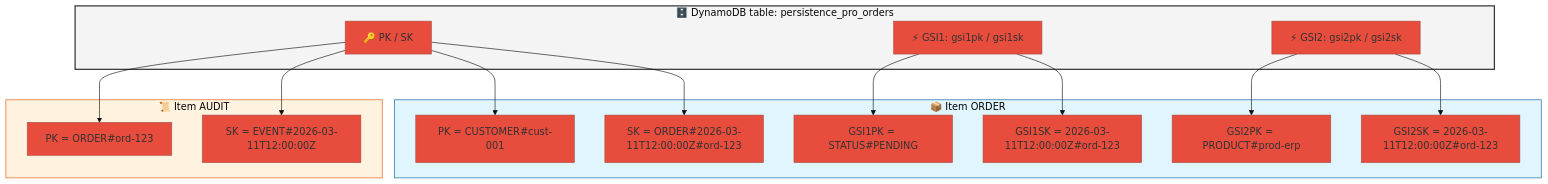
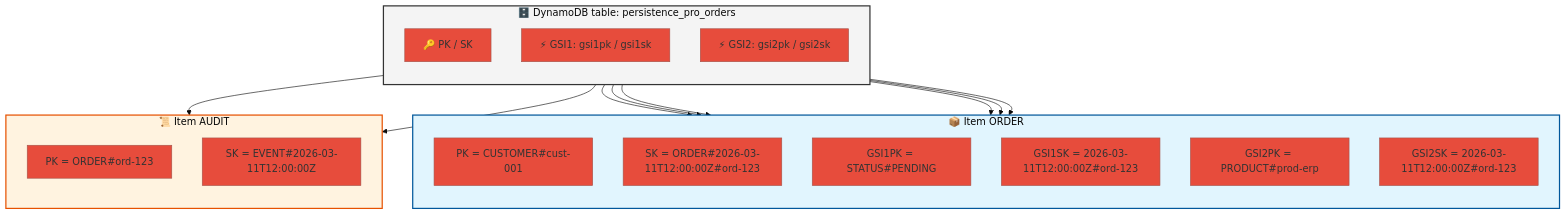
One commit to vladimiracunadev-create/proyectos-aws changed the second of 4 diagrams in caso-e-dynamodb-persistence/docs/architecture.md. Above: the diagram before and after it, drawn with Mermaid. The commit also changed other lines of this file and 1 other file, not shown here.

Commit message:
docs: optimize diagram readability with vertical orientation and larger fonts

````diff
--- a/caso-e-dynamodb-persistence/docs/architecture.md
+++ b/caso-e-dynamodb-persistence/docs/architecture.md
@@ -49,36 +49,39 @@
 ```mermaid
-%%{init: {'theme': 'base', 'themeVariables': { 'primaryColor': '#E74C3C', 'secondaryColor': '#27AE60', 'tertiaryColor': '#f9f9f9' }}}%%
+%%{init: {'theme': 'base', 'themeVariables': { 'primaryColor': '#E74C3C', 'secondaryColor': '#27AE60', 'tertiaryColor': '#f9f9f9', 'fontsize': '16px' }}}%%
 graph TB
     subgraph Table["🗄️ DynamoDB table: persistence_pro_orders"]
+        direction TB
         PKSK["🔑 PK / SK"]
         GSI1["⚡ GSI1: gsi1pk / gsi1sk"]
         GSI2["⚡ GSI2: gsi2pk / gsi2sk"]
     end
 
     subgraph EntityOrder["📦 Item ORDER"]
+        direction TB
         OrderPK["PK = CUSTOMER#cust-001"]
         OrderSK["SK = ORDER#2026-03-11T12:00:00Z#ord-123"]
         OrderGSI1["GSI1PK = STATUS#PENDING"]
         OrderGSI1SK["GSI1SK = 2026-03-11T12:00:00Z#ord-123"]
         OrderGSI2["GSI2PK = PRODUCT#prod-erp"]
         OrderGSI2SK["GSI2SK = 2026-03-11T12:00:00Z#ord-123"]
     end
 
     subgraph EntityAudit["📜 Item AUDIT"]
+        direction TB
         AuditPK["PK = ORDER#ord-123"]
         AuditSK["SK = EVENT#2026-03-11T12:00:00Z"]
     end
 
     PKSK --> OrderPK
     PKSK --> OrderSK
     PKSK --> AuditPK
     PKSK --> AuditSK
     GSI1 --> OrderGSI1
     GSI1 --> OrderGSI1SK
     GSI2 --> OrderGSI2
     GSI2 --> OrderGSI2SK
 
     style Table fill:#f4f4f4,stroke:#333,stroke-width:2px
-    style EntityOrder fill:#e1f5fe,stroke:#01579b
-    style EntityAudit fill:#fff3e0,stroke:#e65100
+    style EntityOrder fill:#e1f5fe,stroke:#01579b,stroke-width:2px
+    style EntityAudit fill:#fff3e0,stroke:#e65100,stroke-width:2px
 ```
````
